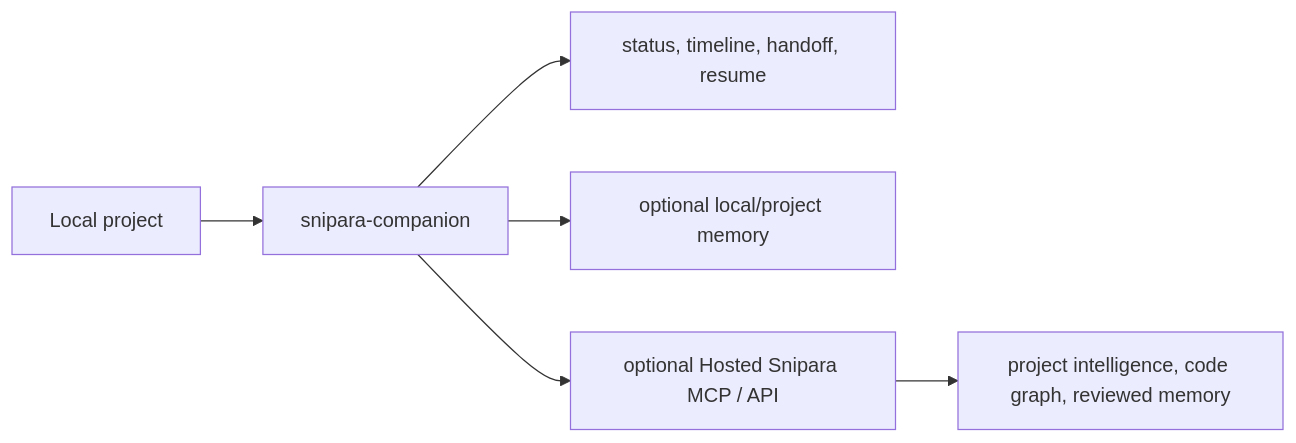
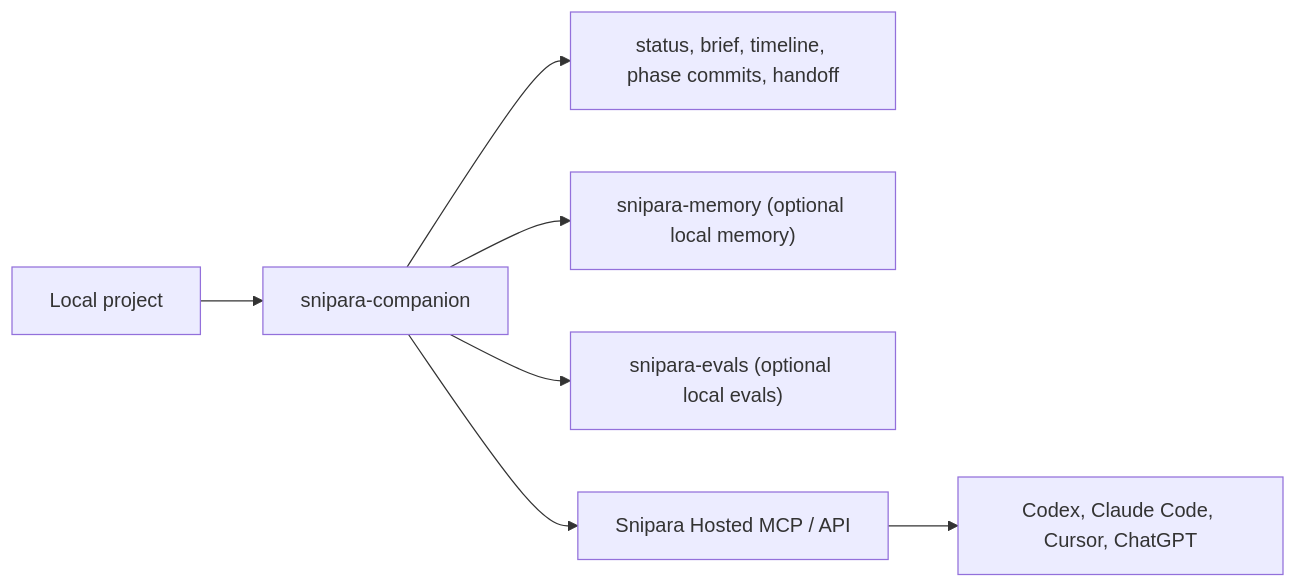
One commit to Snipara/snipara-companion changed the diagram in README.md. Above: the diagram before and after it, drawn with Mermaid. The commit also changed other lines of this file and 16 other files, not shown here.

````diff
--- a/README.md
+++ b/README.md
@@ -23,8 +15,9 @@
 ```mermaid
 flowchart LR
     Project["Local project"] --> Companion["snipara-companion"]
-    Companion --> Local["status, timeline, handoff, resume"]
-    Companion --> Memory["optional local/project memory"]
-    Companion --> Hosted["optional Hosted Snipara MCP / API"]
-    Hosted --> Intelligence["project intelligence, code graph, reviewed memory"]
+    Companion --> Diagnostics["status, brief, timeline, phase commits, handoff"]
+    Companion --> Memory["snipara-memory (optional local memory)"]
+    Companion --> Evals["snipara-evals (optional local evals)"]
+    Companion --> Hosted["Snipara Hosted MCP / API"]
+    Hosted --> Agents["Codex, Claude Code, Cursor, ChatGPT"]
 ```
````
